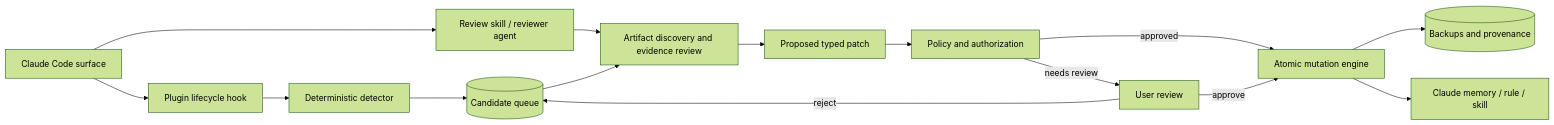
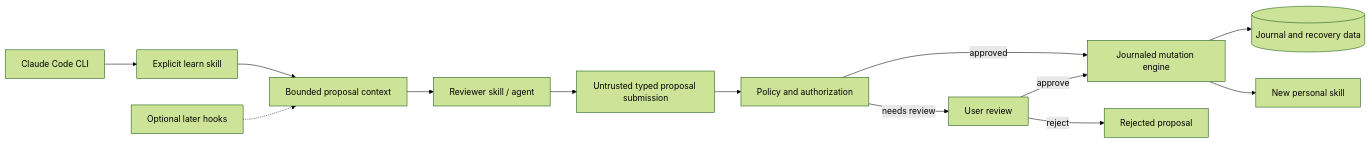
The diagram in docs/specs/0001-initial-system-design.md (plume-works/agent-self-improvement), drawn with Mermaid (forest theme) before and after one commit. The commit also changed other lines of this file and 7 other files, not shown here.

Commit message:
docs: tighten architecture after review

````diff
--- a/docs/specs/0001-initial-system-design.md
+++ b/docs/specs/0001-initial-system-design.md
@@ -165,17 +169,15 @@
 ```mermaid
 flowchart LR
-    S[Claude Code surface] --> H[Plugin lifecycle hook]
-    H --> D[Deterministic detector]
-    D --> Q[(Candidate queue)]
-    S --> R[Review skill / reviewer agent]
-    R --> E[Artifact discovery and evidence review]
-    Q --> E
-    E --> P[Proposed typed patch]
+    S[Claude Code CLI] --> L[Explicit learn skill]
+    L --> C[Bounded proposal context]
+    C --> R[Reviewer skill / agent]
+    R --> P[Untrusted typed proposal submission]
     P --> A[Policy and authorization]
-    A -->|approved| M[Atomic mutation engine]
+    A -->|approved| M[Journaled mutation engine]
     A -->|needs review| U[User review]
     U -->|approve| M
-    U -->|reject| Q
-    M --> B[(Backups and provenance)]
-    M --> K[Claude memory / rule / skill]
+    U -->|reject| X[Rejected proposal]
+    M --> J[(Journal and recovery data)]
+    M --> K[New personal skill]
+    H[Optional later hooks] -.-> C
 ```
````
